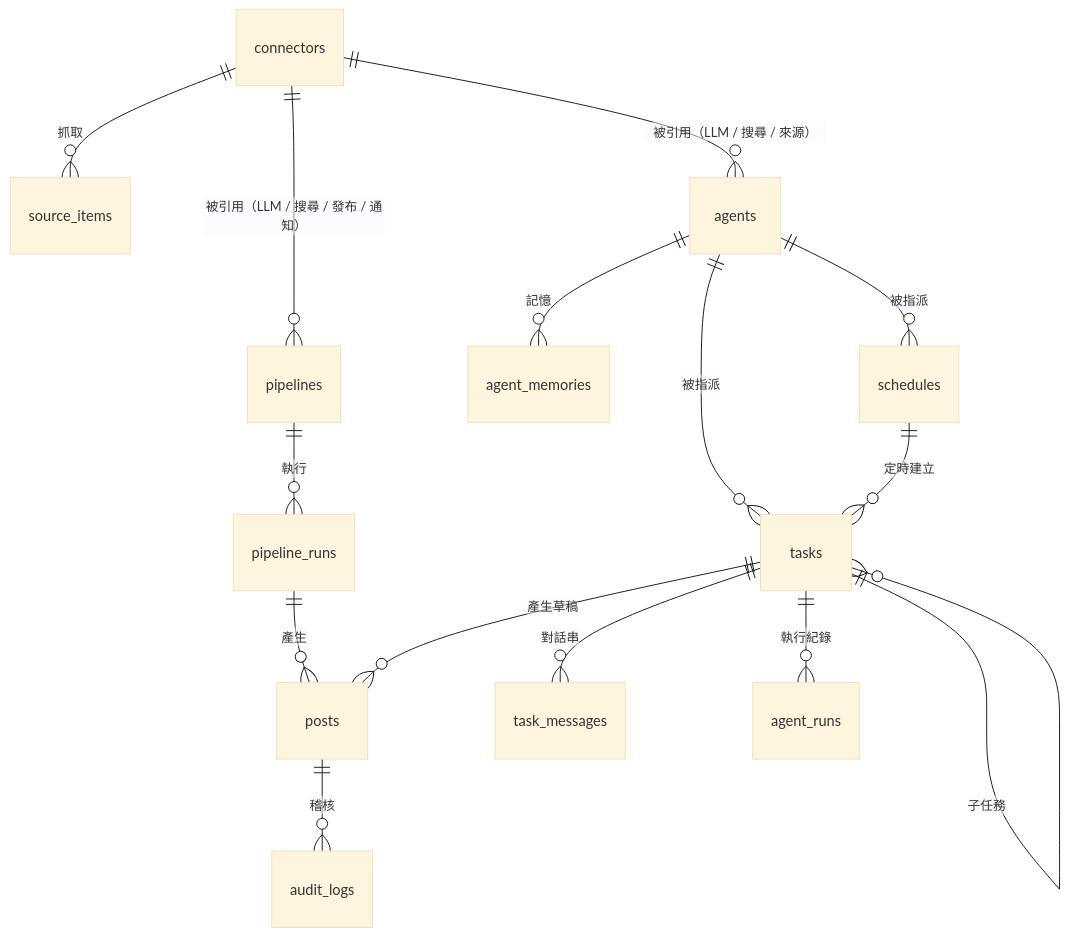
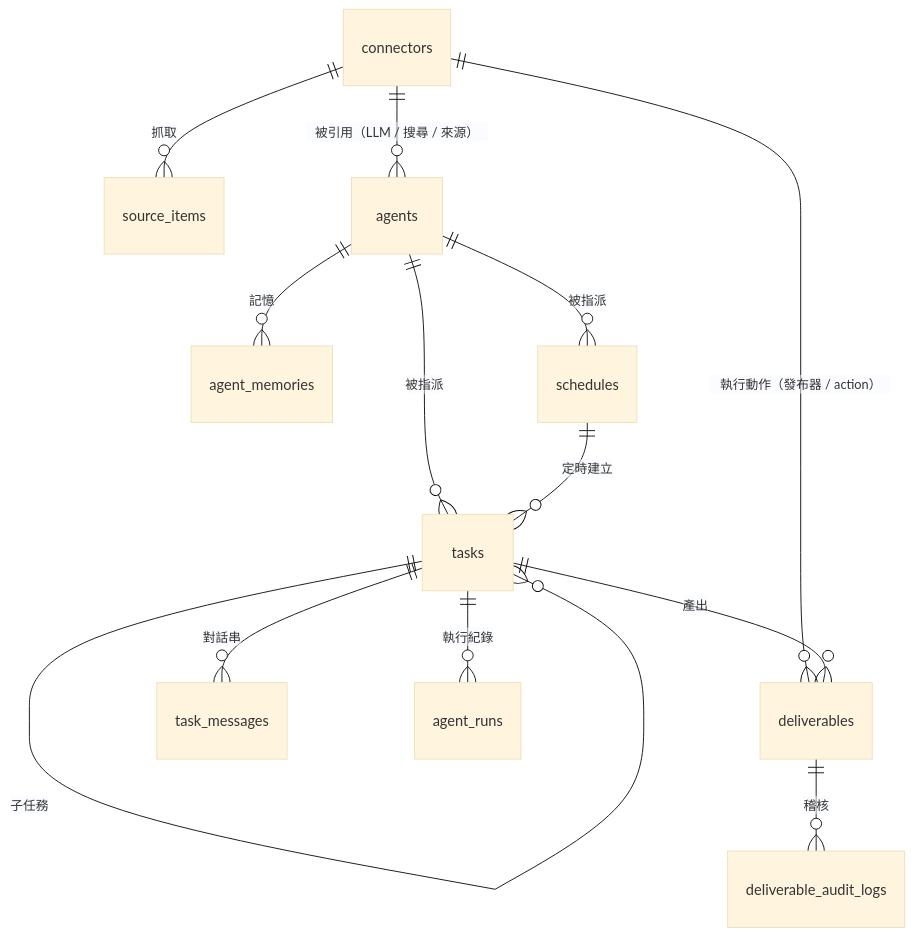
One commit to j75689/cueflow changed the third of 6 diagrams in docs/zh-TW/architecture.md. Above: the diagram before and after it, drawn with Mermaid (base theme). The commit also changed other lines of this file and 14 other files, not shown here.

First line of the commit message:
refactor(store): drop the pipeline_runs leftovers and finish the deliverables vocabulary in the docs (#23)

````diff
--- a/docs/zh-TW/architecture.md
+++ b/docs/zh-TW/architecture.md
@@ -197,17 +193,15 @@
 ```mermaid
 erDiagram
     connectors ||--o{ source_items : "抓取"
-    connectors ||--o{ pipelines : "被引用（LLM / 搜尋 / 發布 / 通知）"
     connectors ||--o{ agents : "被引用（LLM / 搜尋 / 來源）"
-    pipelines ||--o{ pipeline_runs : "執行"
-    pipeline_runs ||--o{ posts : "產生"
-    posts ||--o{ audit_logs : "稽核"
+    connectors ||--o{ deliverables : "執行動作（發布器 / action）"
+    deliverables ||--o{ deliverable_audit_logs : "稽核"
     agents ||--o{ agent_memories : "記憶"
     agents ||--o{ tasks : "被指派"
     tasks ||--o{ tasks : "子任務"
     tasks ||--o{ task_messages : "對話串"
     tasks ||--o{ agent_runs : "執行紀錄"
-    tasks ||--o{ posts : "產生草稿"
+    tasks ||--o{ deliverables : "產出"
     schedules ||--o{ tasks : "定時建立"
     agents ||--o{ schedules : "被指派"
 ```
````
